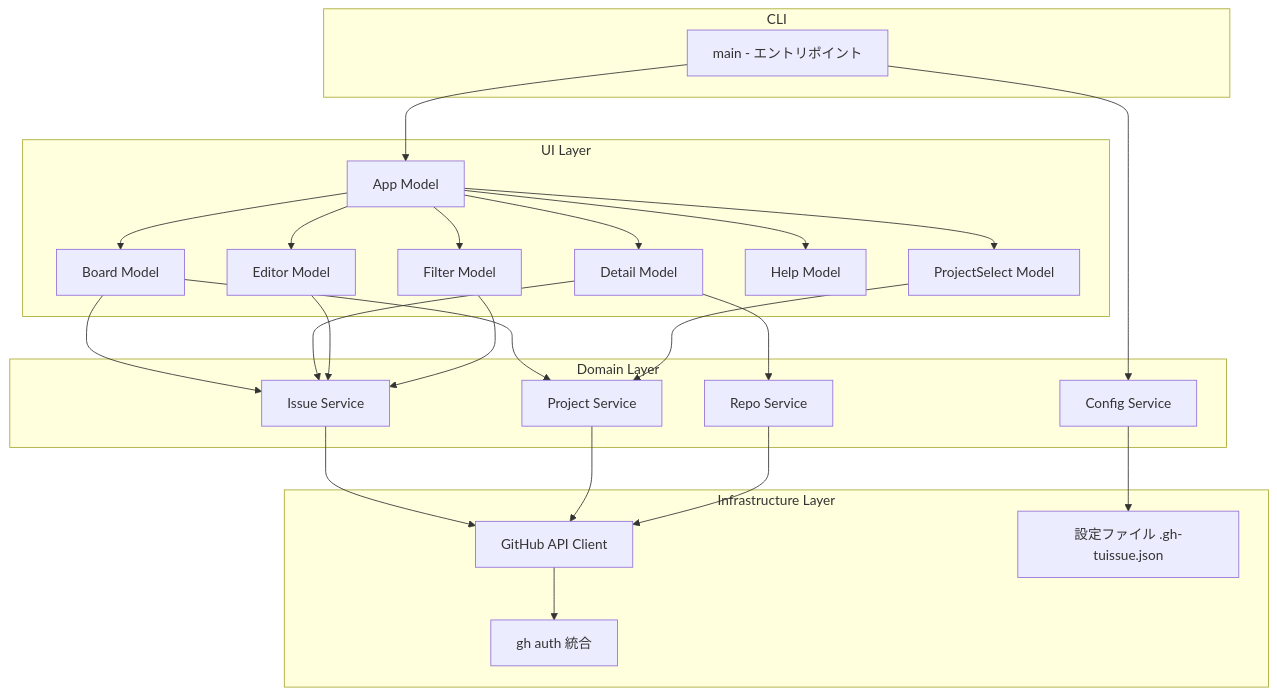
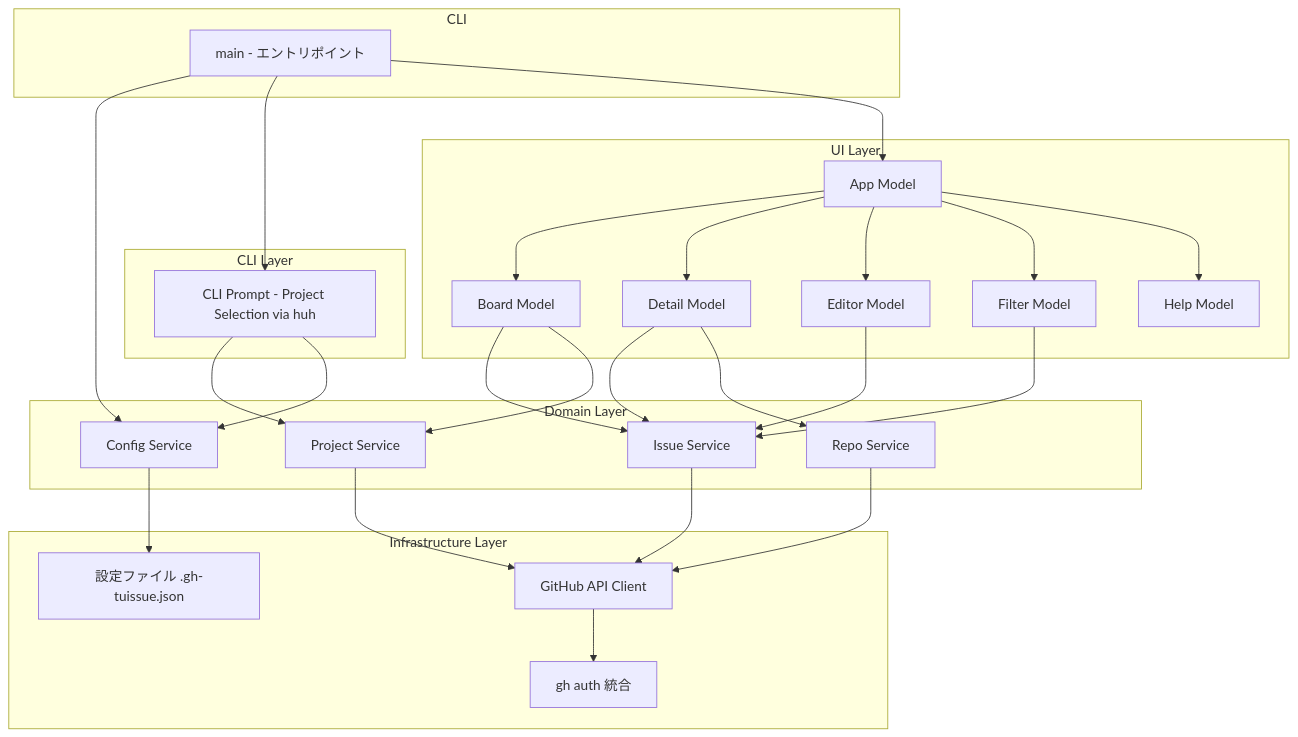
Before and after one commit to masamichhhhi/gh-tuissue: the first of 7 diagrams in .kiro/specs/gh-issue-kanban-tui/design.md, drawn with Mermaid. The commit also changed other lines of this file and 14 other files, not shown here.

````diff
--- a/.kiro/specs/gh-issue-kanban-tui/design.md
+++ b/.kiro/specs/gh-issue-kanban-tui/design.md
@@ -34,50 +34,54 @@
 ```mermaid
 graph TB
     subgraph CLI
         Main[main - エントリポイント]
+    end
+
+    subgraph CLI Layer
+        Prompt[CLI Prompt - Project Selection via huh]
     end
 
     subgraph UI Layer
         App[App Model]
         Board[Board Model]
         Detail[Detail Model]
         Editor[Editor Model]
         Filter[Filter Model]
         Help[Help Model]
-        ProjectSelect[ProjectSelect Model]
     end
 
     subgraph Domain Layer
         IssueService[Issue Service]
         ProjectService[Project Service]
         RepoService[Repo Service]
         ConfigService[Config Service]
     end
 
     subgraph Infrastructure Layer
         GHClient[GitHub API Client]
         GHAuth[gh auth 統合]
         ConfigFile[設定ファイル .gh-tuissue.json]
     end
 
     Main --> ConfigService
+    Main --> Prompt
     Main --> App
+    Prompt --> ProjectService
+    Prompt --> ConfigService
     App --> Board
     App --> Detail
     App --> Editor
     App --> Filter
     App --> Help
-    App --> ProjectSelect
     Board --> IssueService
     Board --> ProjectService
     Detail --> IssueService
     Detail --> RepoService
     Editor --> IssueService
     Filter --> IssueService
-    ProjectSelect --> ProjectService
     IssueService --> GHClient
     ProjectService --> GHClient
     RepoService --> GHClient
     GHClient --> GHAuth
     ConfigService --> ConfigFile
 ```
````
